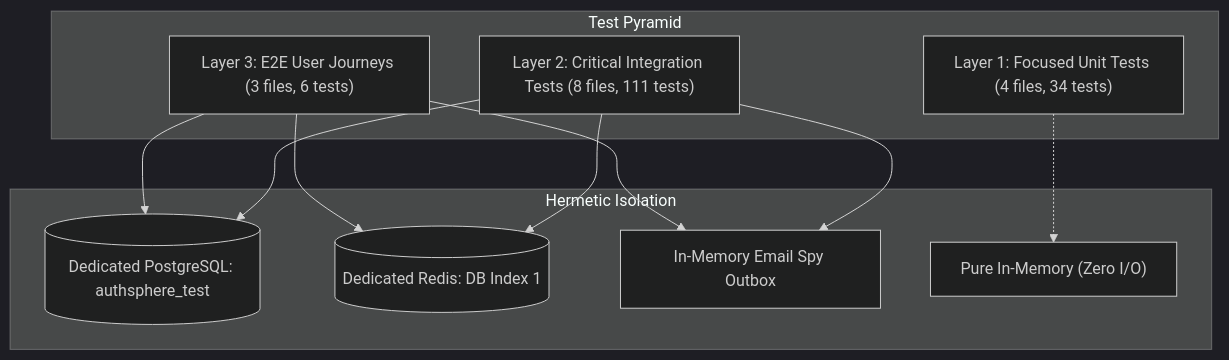
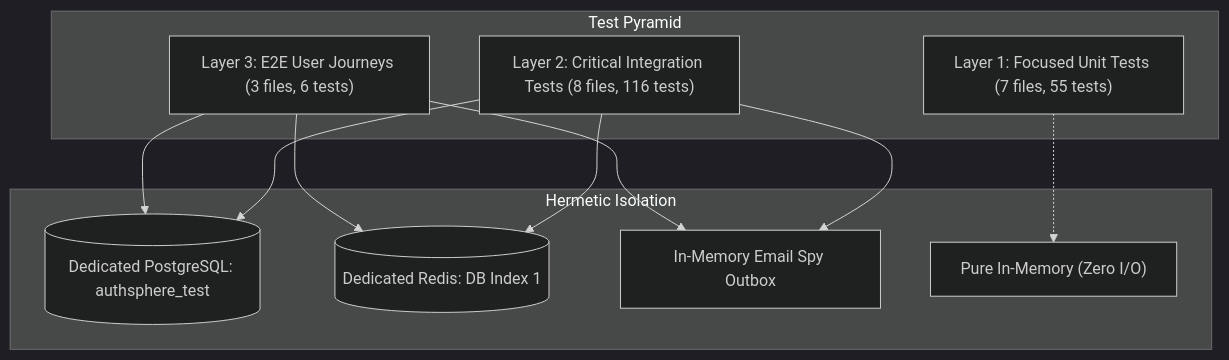
One commit to utkarshj014/authsphere changed the ninth of 9 diagrams in docs/ARCHITECTURE.md. Above: the diagram before and after it, drawn with Mermaid (dark theme). The commit also changed other lines of this file and 31 other files, not shown here.

````diff
--- a/docs/ARCHITECTURE.md
+++ b/docs/ARCHITECTURE.md
@@ -516,15 +524,15 @@
 ```mermaid
 graph TD
     subgraph Test Pyramid
         E2E["Layer 3: E2E User Journeys (3 files, 6 tests)"]
-        INT["Layer 2: Critical Integration Tests (8 files, 111 tests)"]
-        UNIT["Layer 1: Focused Unit Tests (4 files, 34 tests)"]
+        INT["Layer 2: Critical Integration Tests (8 files, 116 tests)"]
+        UNIT["Layer 1: Focused Unit Tests (7 files, 55 tests)"]
     end
 
     subgraph Hermetic Isolation
         E2E & INT --> TestDB[("Dedicated PostgreSQL: authsphere_test")]
         E2E & INT --> TestRedis[("Dedicated Redis: DB Index 1")]
         E2E & INT --> EmailSpy["In-Memory Email Spy Outbox"]
         UNIT -.-> PureMemory["Pure In-Memory (Zero I/O)"]
     end
 ```
````
